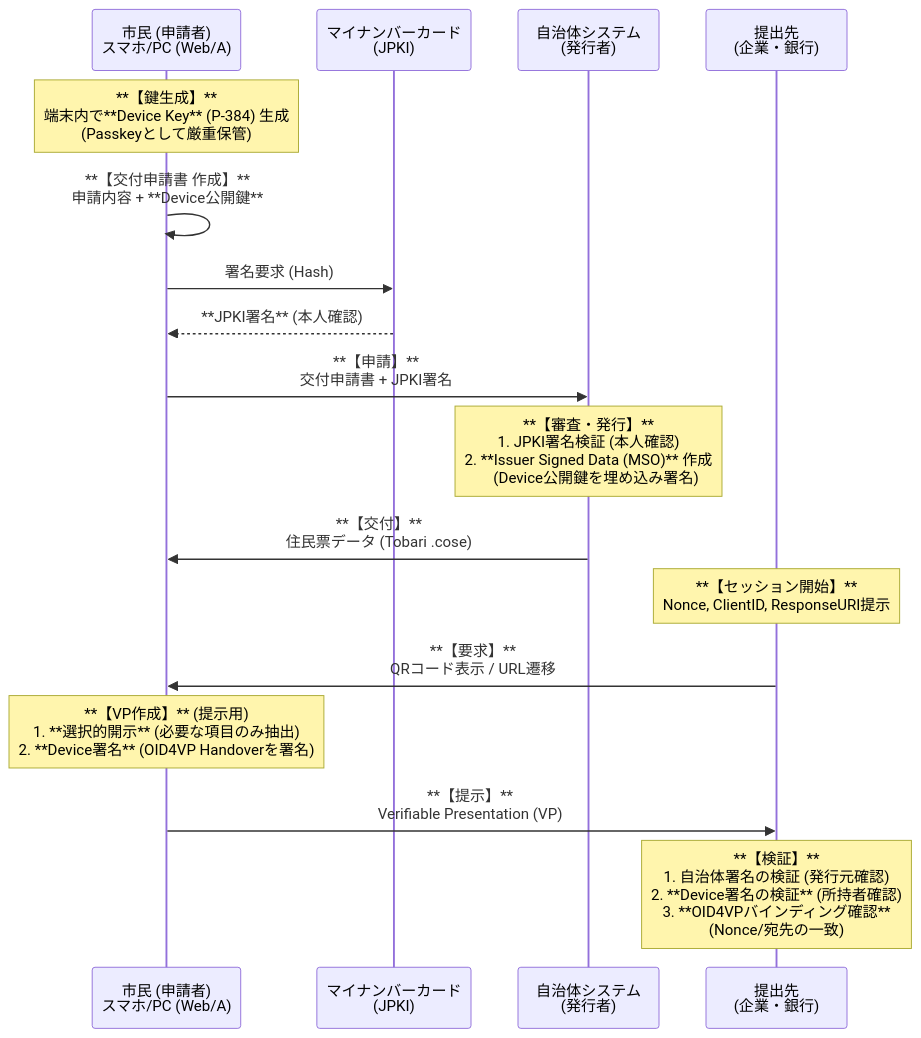
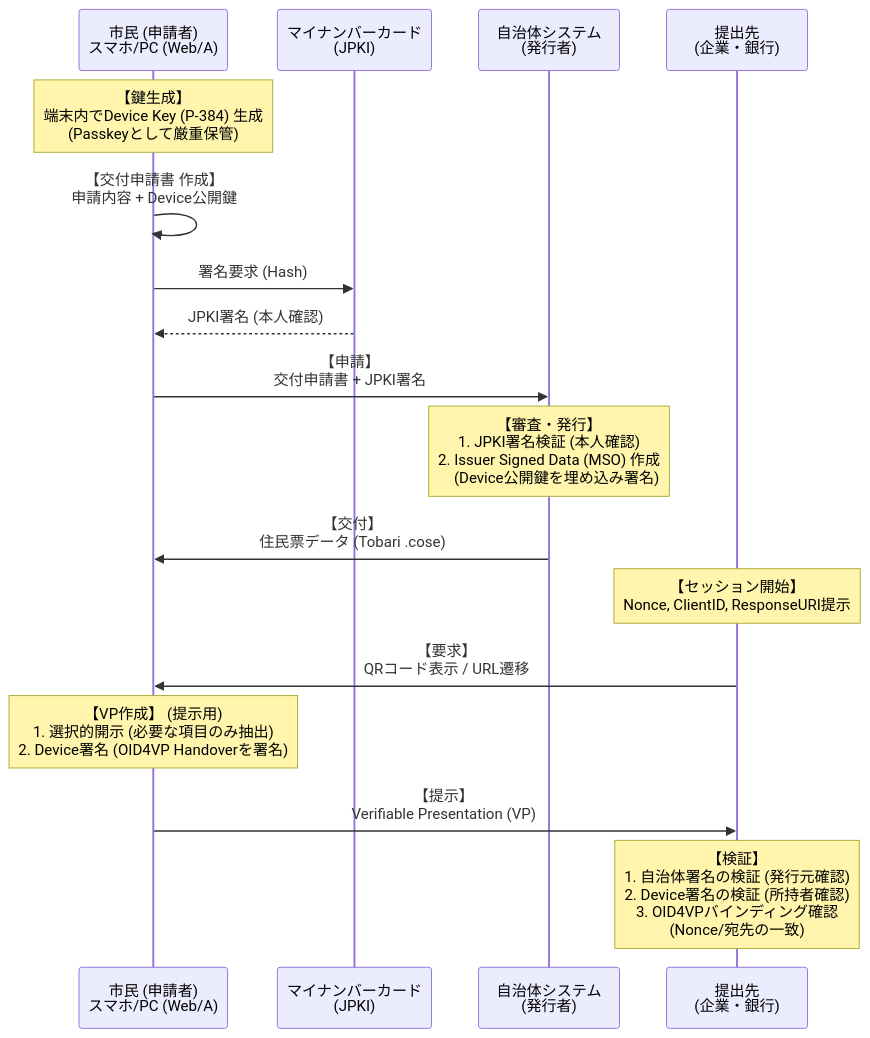
One commit to masanork/tobari changed the diagram in docs/juminhyo_poc_proposal.md. Above: the diagram before and after it, drawn with Mermaid. The commit also changed other lines of this file, not shown here.

````diff
--- a/docs/juminhyo_poc_proposal.md
+++ b/docs/juminhyo_poc_proposal.md
@@ -188,29 +189,29 @@
 ```mermaid
 sequenceDiagram
     participant Holder as 市民 (申請者)<br/>スマホ/PC (Web/A)
     participant JPKI as マイナンバーカード<br/>(JPKI)
     participant Issuer as 自治体システム<br/>(発行者)
     participant Verifier as 提出先<br/>(企業・銀行)
 
-    Note over Holder: **【鍵生成】**<br/>端末内で**Device Key** (P-384) 生成<br/>(Passkeyとして厳重保管)
+    Note over Holder: 【鍵生成】<br/>端末内でDevice Key (P-384) 生成<br/>(Passkeyとして厳重保管)
 
-    Holder->>Holder: **【交付申請書 作成】**<br/>申請内容 + **Device公開鍵**
+    Holder->>Holder: 【交付申請書 作成】<br/>申請内容 + Device公開鍵
     Holder->>JPKI: 署名要求 (Hash)
-    JPKI-->>Holder: **JPKI署名** (本人確認)
+    JPKI-->>Holder: JPKI署名 (本人確認)
 
-    Holder->>Issuer: **【申請】** <br/>交付申請書 + JPKI署名
+    Holder->>Issuer: 【申請】 <br/>交付申請書 + JPKI署名
 
-    Note over Issuer: **【審査・発行】**<br/>1. JPKI署名検証 (本人確認)<br/>2. **Issuer Signed Data (MSO)** 作成<br/>　(Device公開鍵を埋め込み署名)
+    Note over Issuer: 【審査・発行】<br/>1. JPKI署名検証 (本人確認)<br/>2. Issuer Signed Data (MSO) 作成<br/>　(Device公開鍵を埋め込み署名)
 
-    Issuer->>Holder: **【交付】**<br/>住民票データ (Tobari .cose)
+    Issuer->>Holder: 【交付】<br/>住民票データ (Tobari .cose)
 
-    Note over Verifier: **【セッション開始】**<br/>Nonce, ClientID, ResponseURI提示
+    Note over Verifier: 【セッション開始】<br/>Nonce, ClientID, ResponseURI提示
     
-    Verifier->>Holder: **【要求】**<br/>QRコード表示 / URL遷移
+    Verifier->>Holder: 【要求】<br/>QRコード表示 / URL遷移
 
-    Note over Holder: **【VP作成】** (提示用)<br/>1. **選択的開示** (必要な項目のみ抽出)<br/>2. **Device署名** (OID4VP Handoverを署名)
+    Note over Holder: 【VP作成】 (提示用)<br/>1. 選択的開示 (必要な項目のみ抽出)<br/>2. Device署名 (OID4VP Handoverを署名)
 
-    Holder->>Verifier: **【提示】**<br/>Verifiable Presentation (VP)
+    Holder->>Verifier: 【提示】<br/>Verifiable Presentation (VP)
 
-    Note over Verifier: **【検証】**<br/>1. 自治体署名の検証 (発行元確認)<br/>2. **Device署名の検証** (所持者確認)<br/>3. **OID4VPバインディング確認**<br/>(Nonce/宛先の一致)
+    Note over Verifier: 【検証】<br/>1. 自治体署名の検証 (発行元確認)<br/>2. Device署名の検証 (所持者確認)<br/>3. OID4VPバインディング確認<br/>(Nonce/宛先の一致)
 ```
````
